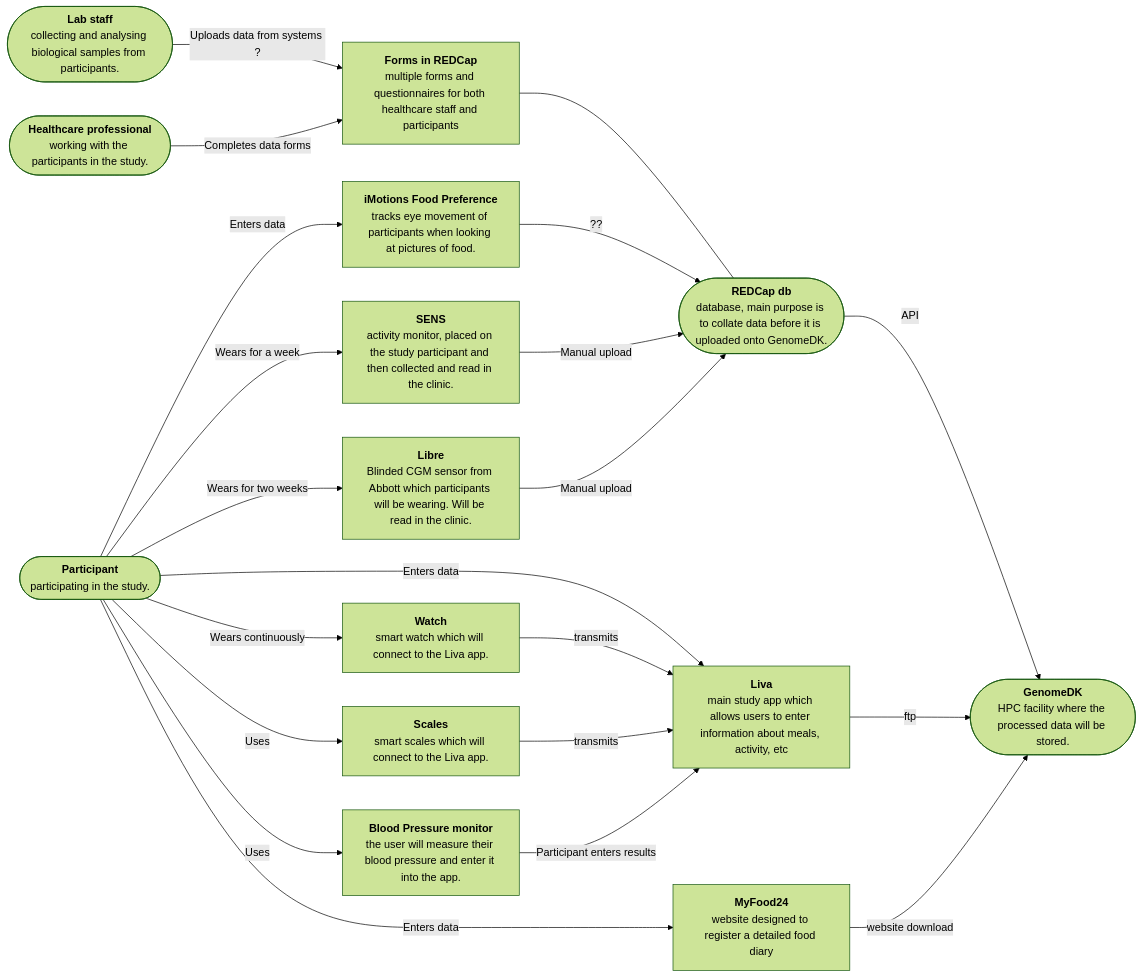
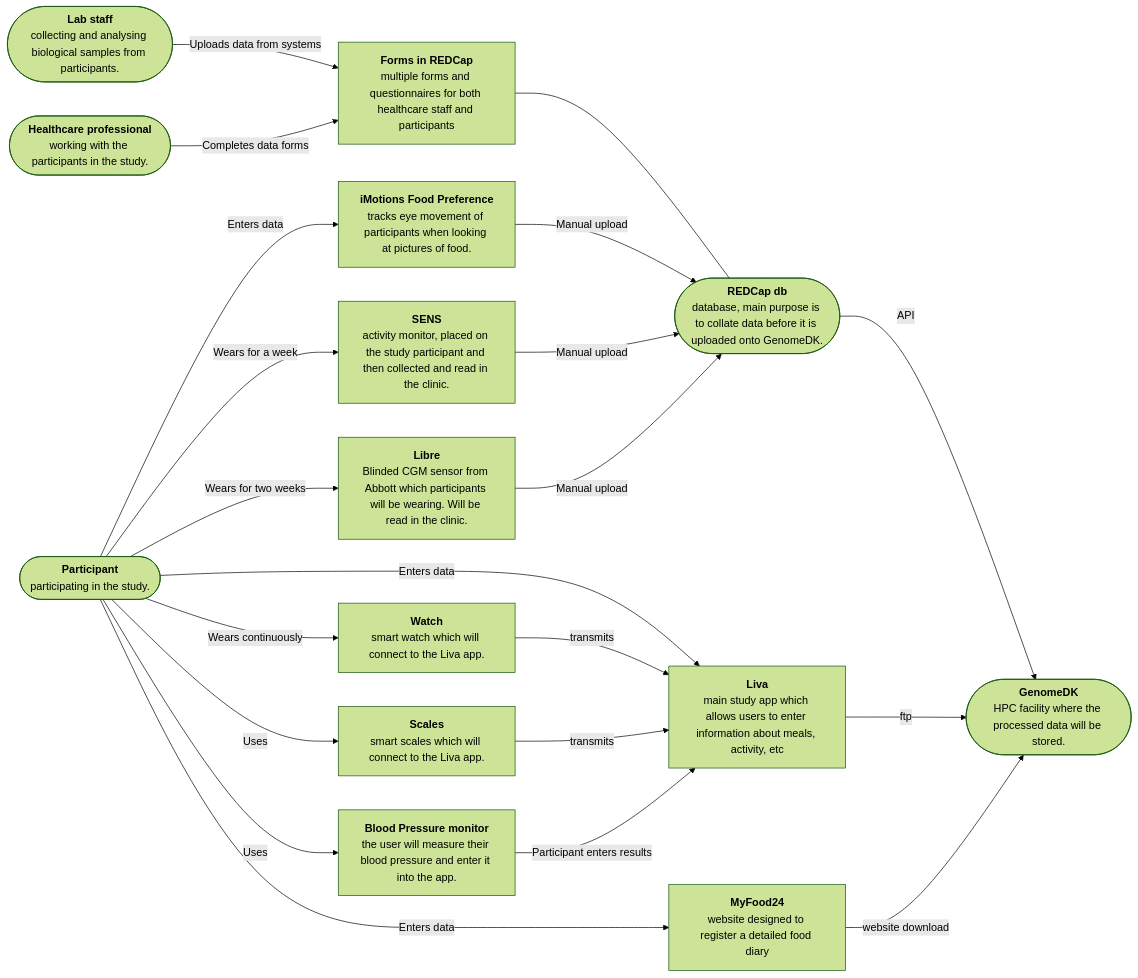
One commit to onlimit-study/dmp changed the diagram in sections/collection.qmd. Above: the diagram before and after it, drawn with Mermaid (forest theme). The commit also changed 3 other files, not shown here.

````diff
--- a/sections/collection.qmd
+++ b/sections/collection.qmd
@@ -115,51 +115,51 @@
 ```{mermaid}
 %%| label: fig-c4-context
 %%| fig-cap: >-
 %%|   Data flow in the ON LiMiT study, who generates data, where is does it
 %%|   enter, and how is it transmitted to storage.
 %%| fig-width: 100%
 
 flowchart LR
 
 Lab(["<b>Lab staff</b><br>collecting and analysing biological samples from participants."])
 HP(["<b>Healthcare professional</b><br>working with the participants in the study."])
 Pt(["<b>Participant</b><br>participating in the study."])
 Red(["<b>REDCap db</b><br>database, main purpose is to collate data before it is uploaded onto GenomeDK."])
 Genome(["<b>GenomeDK</b><br>HPC facility where the processed data will be stored. "])
 
 Forms["<b>Forms in REDCap</b><br>multiple forms and questionnaires for both healthcare staff and participants"]
 Liva["<b>Liva</b><br>main study app which allows users to enter information about meals, activity, etc"]
 MyF["<b>MyFood24</b><br>website designed to register a detailed food diary"]
 iMo["<b>iMotions Food Preference</b><br>tracks eye movement of participants when looking at pictures of food."]
 Sen["<b>SENS</b><br>activity monitor, placed on the study participant and then collected and read in the clinic."]
 Lib["<b>Libre</b><br>Blinded CGM sensor from Abbott which participants will be wearing. Will be read in the clinic."]
 Watch["<b>Watch</b><br>smart watch which will connect to the Liva app."]
 Scales["<b>Scales</b><br>smart scales which will connect to the Liva app."]
 BP["<b>Blood Pressure monitor</b><br>the user will measure their blood pressure and enter it into the app."]
 %%MBox["<b>Meal Boxes</b><br>contains recipes and ingredients for two meals a day."]
 
-Lab -->|Uploads data from systems ?| Forms
-HP --> |Completes data forms| Forms
+Lab -->|Uploads data from systems| Forms
+HP -->|Completes data forms| Forms
 Forms --- Red
 Red -->|API| Genome
 
 Pt -->|Enters data| Liva
 Pt -->|Enters data| MyF
 Pt -->|Enters data| iMo
 Pt -->|Wears for a week| Sen
 Pt -->|Wears for two weeks| Lib
 Pt -->|Wears continuously| Watch
-Pt --> |Uses| Scales
-Pt --> |Uses|BP
+Pt -->|Uses| Scales
+Pt -->|Uses|BP
 %%Pt --> |Chooses| MBox
 
-iMo --> |??| Red
+iMo -->|Manual upload| Red
 Sen -->|Manual upload| Red
 Lib -->|Manual upload| Red
 Watch -->|transmits| Liva
 Scales -->|transmits| Liva
 BP -->|Participant enters results| Liva
-Liva --> |ftp| Genome
-MyF --> |website download| Genome
-%%MBox --> |?? may also be to RedCap| Genome
+Liva -->|ftp| Genome
+MyF -->|website download| Genome
+%%MBox -->|?? may also be to RedCap| Genome
 ```
````
